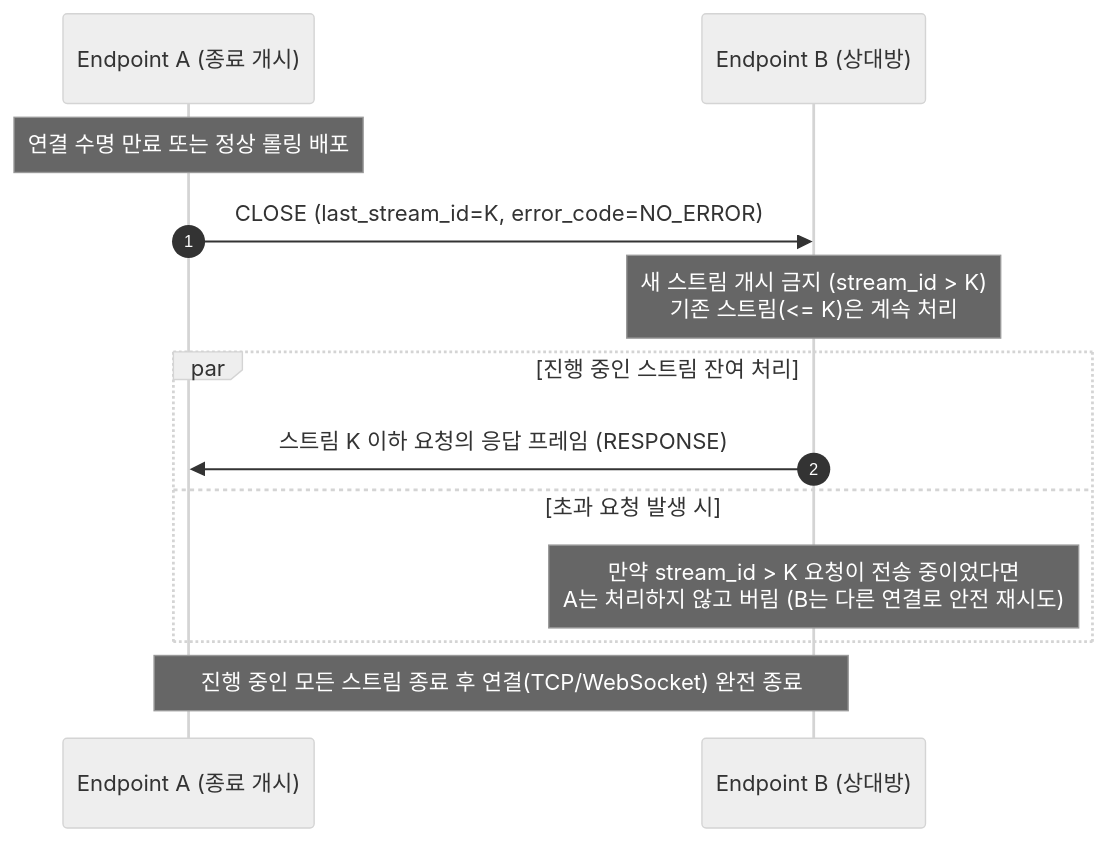
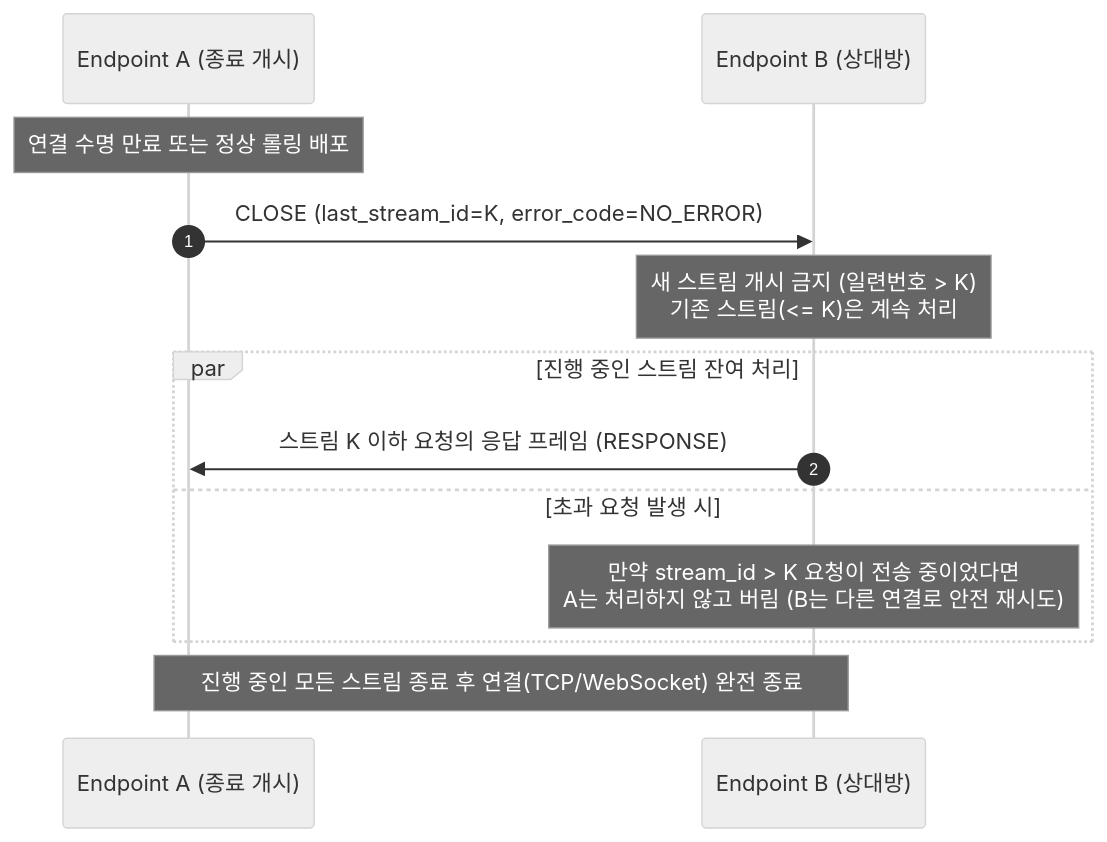
The second of 4 diagrams in docs/specification/STRAND_SPECIFICATION.md (ppzxc/strand), drawn with Mermaid (neutral theme) before and after one commit. The commit also changed other lines of this file, not shown here.

First line of the commit message:
docs: 스트림 식별 규칙과 CLOSE 정밀화 반영 (2.2.5, 3.5, 4.2절) (#53)

````diff
--- a/docs/specification/STRAND_SPECIFICATION.md
+++ b/docs/specification/STRAND_SPECIFICATION.md
@@ -400,19 +420,19 @@
 ```mermaid
 sequenceDiagram
     autonumber
     participant A as Endpoint A (종료 개시)
     participant B as Endpoint B (상대방)
 
     Note over A: 연결 수명 만료 또는 정상 롤링 배포
     A->>B: CLOSE (last_stream_id=K, error_code=NO_ERROR)
     
-    Note over B: 새 스트림 개시 금지 (stream_id > K)<br/>기존 스트림(<= K)은 계속 처리
+    Note over B: 새 스트림 개시 금지 (일련번호 > K)<br/>기존 스트림(<= K)은 계속 처리
     
     par 진행 중인 스트림 잔여 처리
         B->>A: 스트림 K 이하 요청의 응답 프레임 (RESPONSE)
     and 초과 요청 발생 시
         Note over B: 만약 stream_id > K 요청이 전송 중이었다면<br/>A는 처리하지 않고 버림 (B는 다른 연결로 안전 재시도)
     end
     
     Note over A,B: 진행 중인 모든 스트림 종료 후 연결(TCP/WebSocket) 완전 종료
 ```
````
